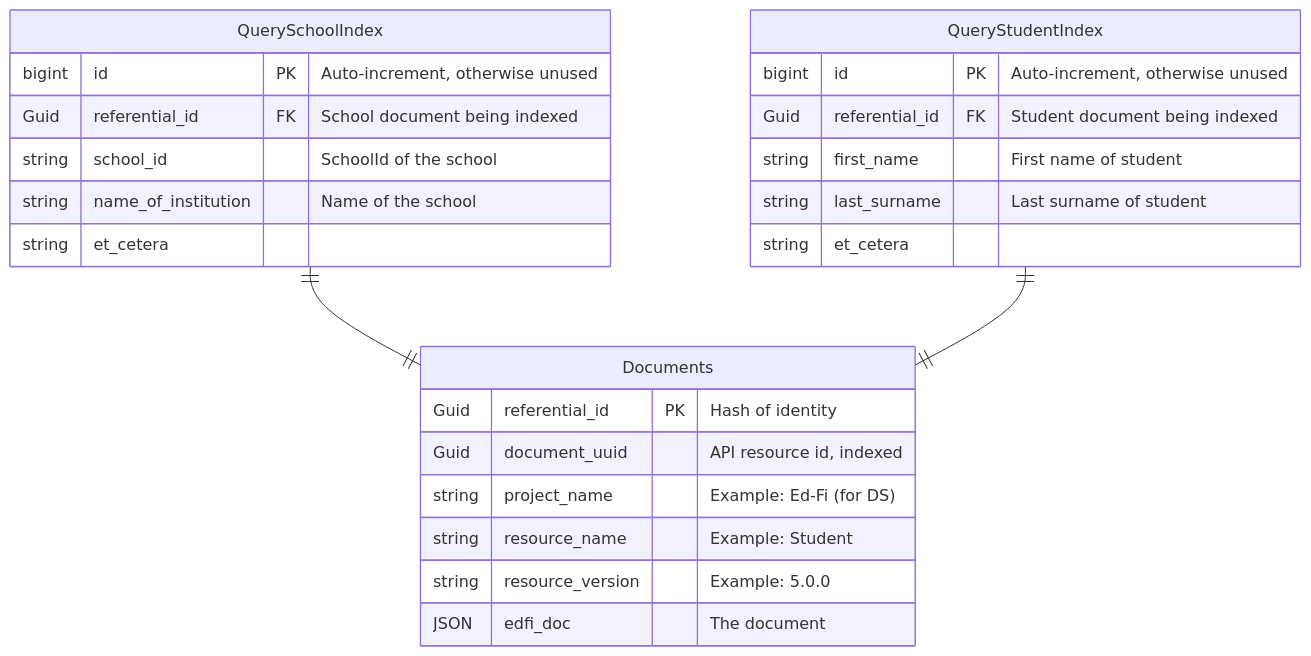
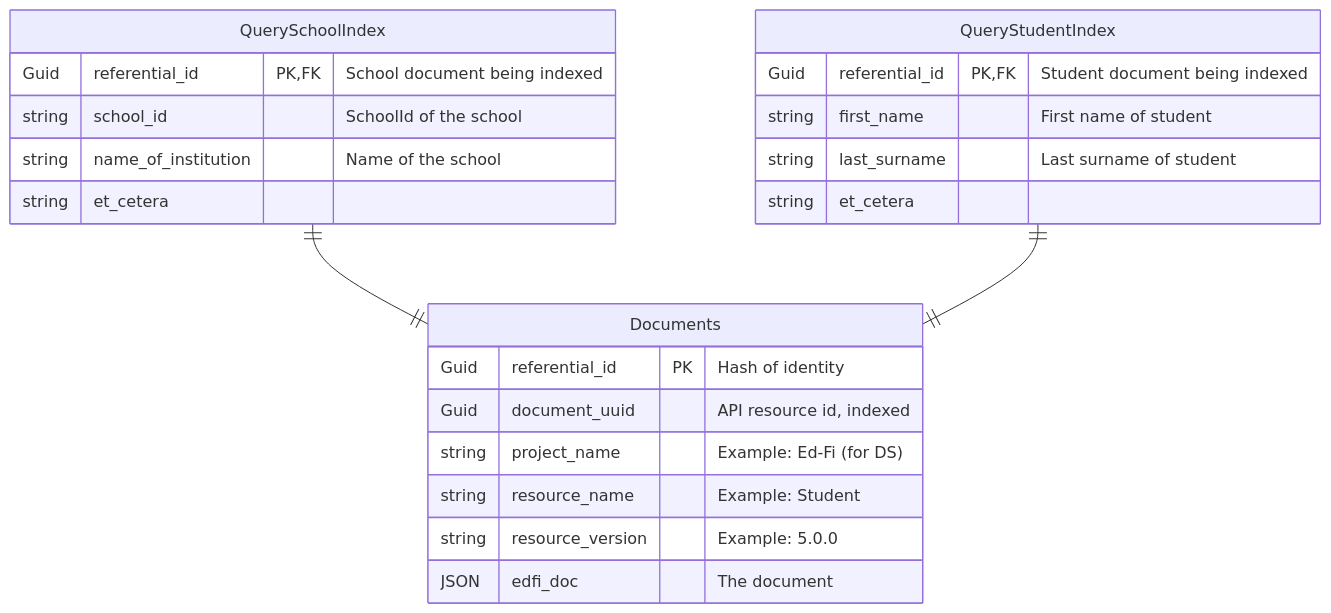
Before and after one commit to Ed-Fi-Alliance-OSS/Project-Tanager: the second of 6 diagrams in docs/DMS/PRIMARY-DATA-STORAGE.md, drawn with Mermaid. The commit also changed other lines of this file, not shown here.

Commit message:
[DMS-16] reformat, GUID reasoning flesh out

````diff
--- a/docs/DMS/PRIMARY-DATA-STORAGE.md
+++ b/docs/DMS/PRIMARY-DATA-STORAGE.md
@@ -99,28 +154,26 @@
 ```mermaid
 erDiagram
 
     Documents {
         Guid referential_id PK "Hash of identity"
         Guid document_uuid "API resource id, indexed"
         string project_name "Example: Ed-Fi (for DS)"
         string resource_name "Example: Student"
         string resource_version "Example: 5.0.0"
         JSON edfi_doc "The document"
     }
     QuerySchoolIndex ||--|| Documents : ""
     QuerySchoolIndex {
-        bigint id PK "Auto-increment, otherwise unused"
-        Guid referential_id FK "School document being indexed"
+        Guid referential_id PK,FK "School document being indexed"
         string school_id "SchoolId of the school"
         string name_of_institution "Name of the school"
         string et_cetera
     }
     QueryStudentIndex ||--|| Documents : ""
     QueryStudentIndex {
-        bigint id PK "Auto-increment, otherwise unused"
-        Guid referential_id FK "Student document being indexed"
+        Guid referential_id PK,FK "Student document being indexed"
         string first_name "First name of student"
         string last_surname "Last surname of student"
         string et_cetera
     }
 ```
````
